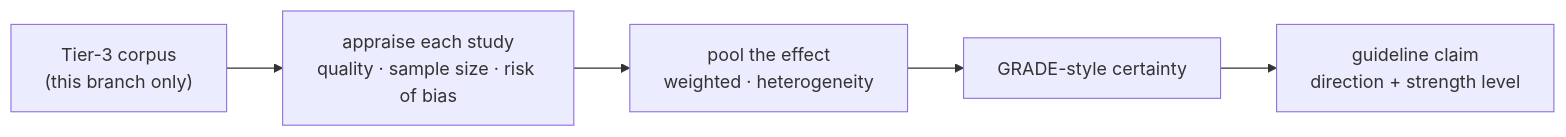
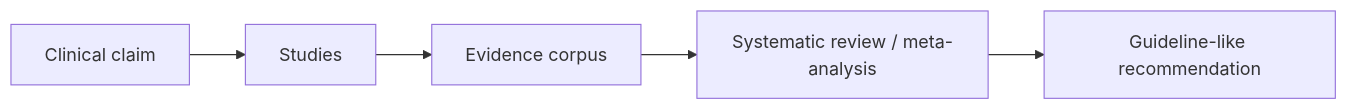
Before and after one commit to tuyentran-md/medevo: the first of 2 diagrams in README.md, drawn with Mermaid. The commit also changed other lines of this file and 12 other files, not shown here.

````diff
--- a/README.md
+++ b/README.md
@@ -77,7 +30,7 @@
 ```mermaid
 flowchart LR
-    DB["Tier-3 corpus<br/>(this branch only)"] --> AP["appraise each study<br/>quality · sample size · risk of bias"]
-    AP --> PL["pool the effect<br/>weighted · heterogeneity"]
-    PL --> CE["GRADE-style certainty"]
-    CE --> OUT["guideline claim<br/>direction + strength level"]
+    A["Clinical claim"] --> B["Studies"]
+    B --> C["Evidence corpus"]
+    C --> D["Systematic review / meta-analysis"]
+    D --> E["Guideline-like recommendation"]
 ```
````
